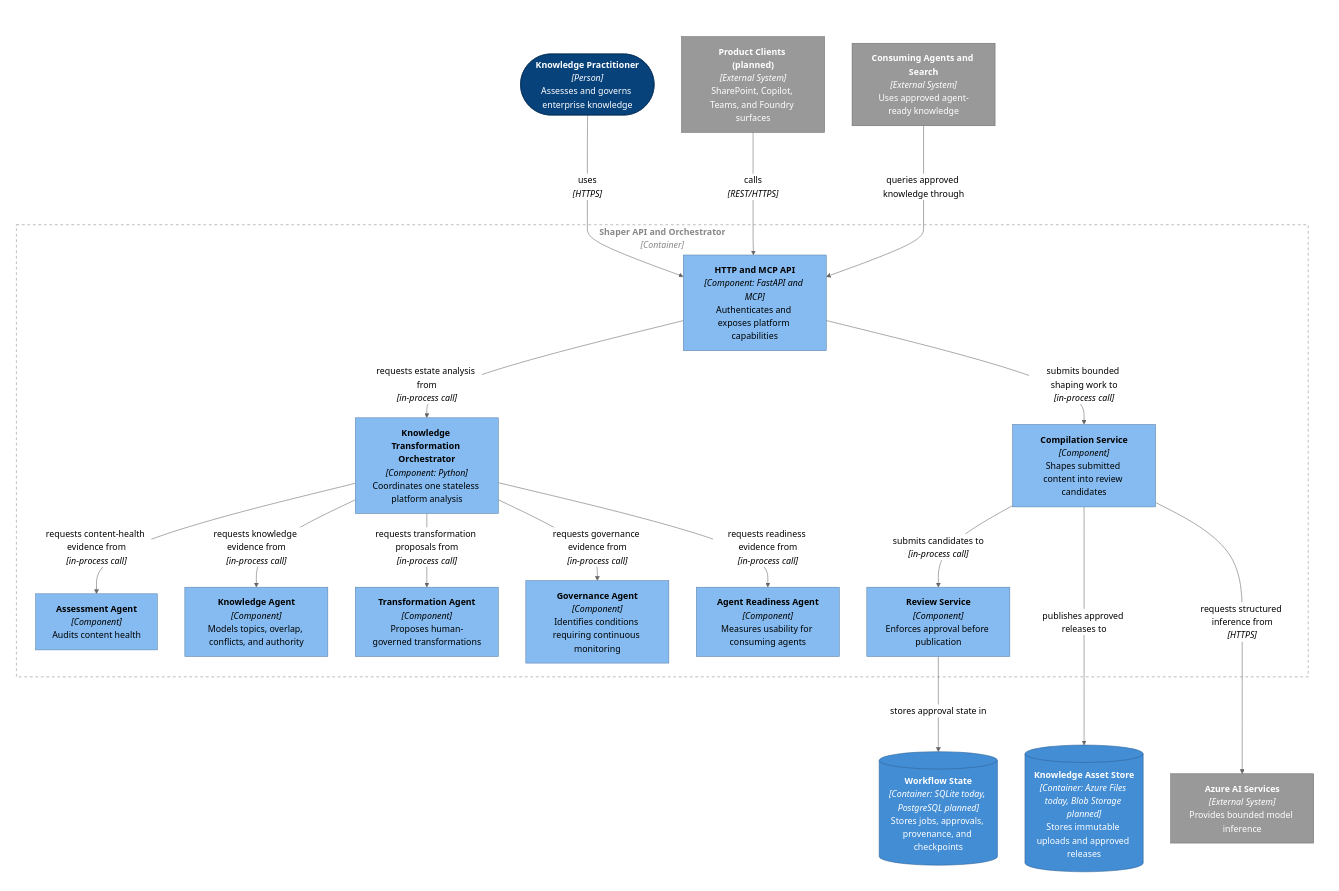
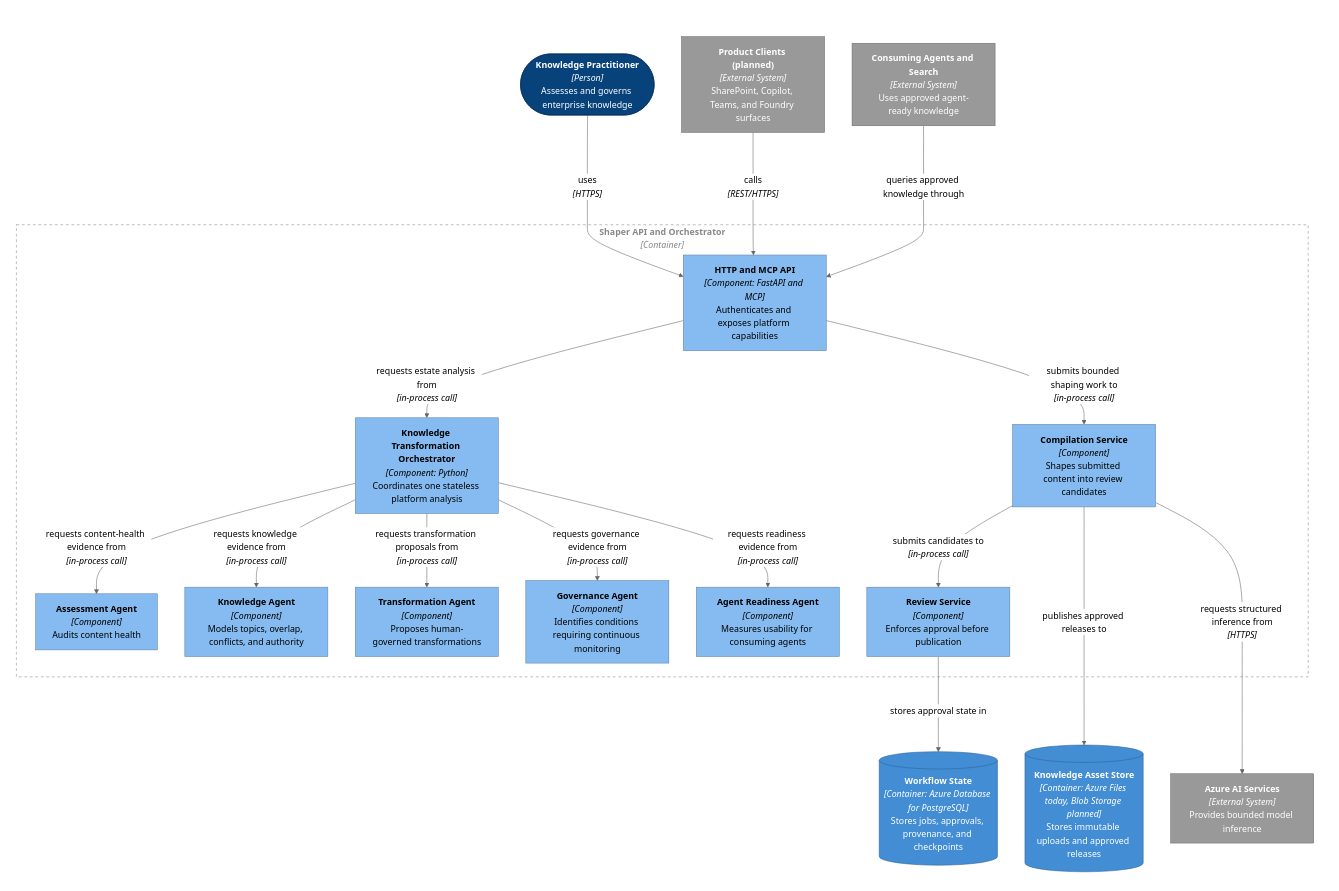
Before and after one commit to stjeffer/shaper: the third of 3 diagrams in docs/architecture.md, drawn with Mermaid (neutral theme). The commit also changed other lines of this file and 26 other files, not shown here.

```diff
--- a/docs/architecture.md
+++ b/docs/architecture.md
@@ -216,7 +216,7 @@
 
     subgraph layout_bottom[" "]
         ctr_workflow_state[("`**Workflow State**
-*[Container: SQLite today, PostgreSQL planned]*
+*[Container: Azure Database for PostgreSQL]*
 Stores jobs, approvals, provenance, and checkpoints`")]
         ctr_knowledge_asset_store[("`**Knowledge Asset Store**
 *[Container: Azure Files today, Blob Storage planned]*
```
